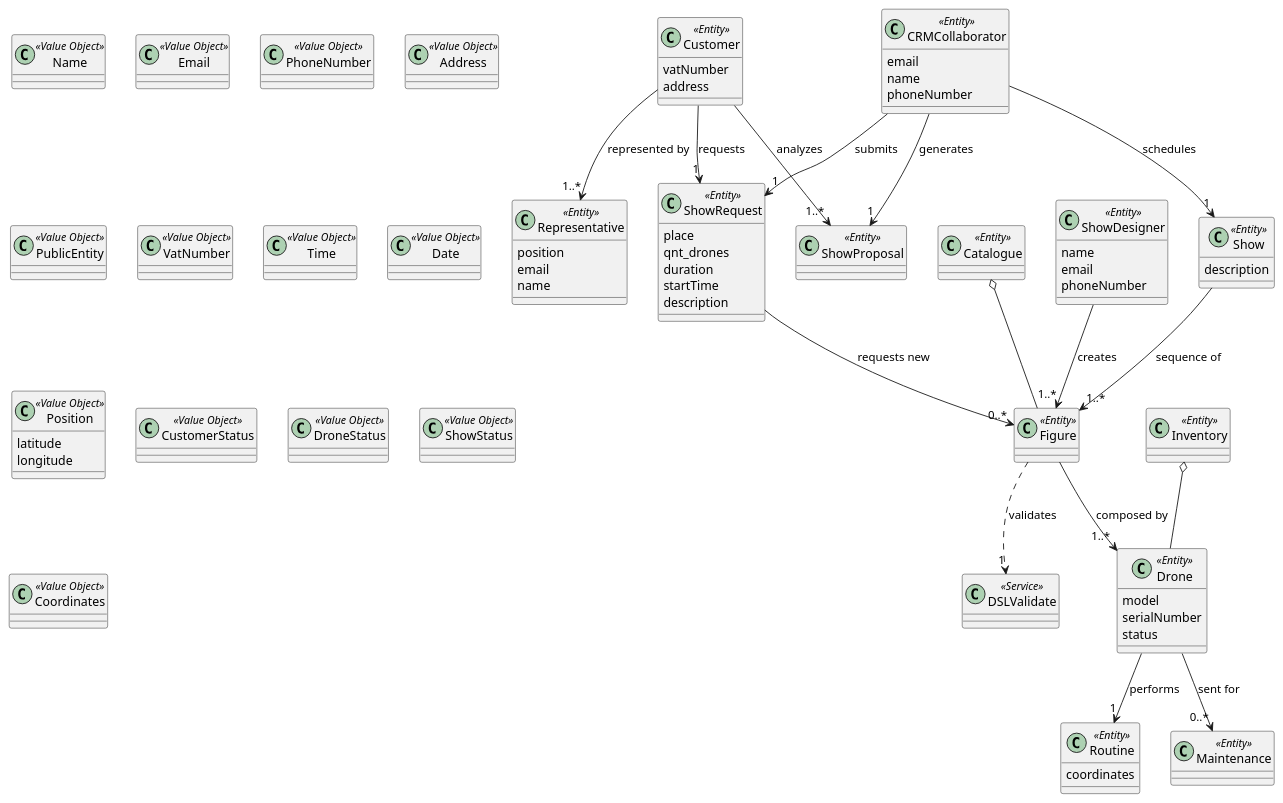
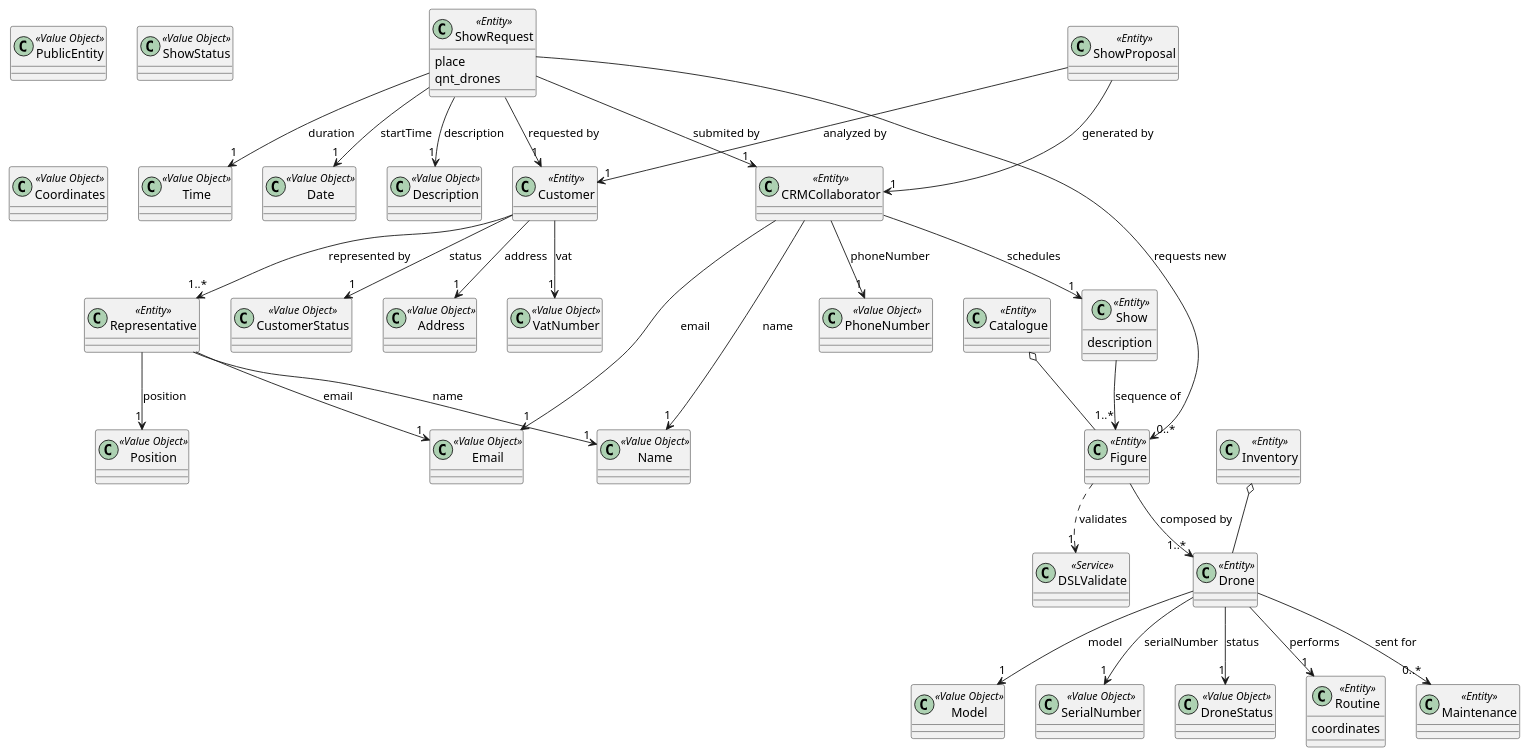
The diagram in docs/global_artifacts/analysis/puml/domain_model.puml (diogoveirospro/sem4pi-2024-2025-sem4pi_2024_2025_g44), drawn with PlantUML before and after one commit.

Commit message:
#6 Added the connections between the entities and the respective value objects

```diff
--- a/docs/global_artifacts/analysis/puml/domain_model.puml
+++ b/docs/global_artifacts/analysis/puml/domain_model.puml
@@ -1,182 +1,185 @@
 @startuml
 
 class Name <<Value Object>>{
 
 }
 
 
 
 class Email <<Value Object>>{
+
+}
+
+class Model <<Value Object>>{
+
+}
+
+class SerialNumber <<Value Object>>{
 
 }
 
 class PhoneNumber <<Value Object>>{
 
 }
 
 class Address <<Value Object>>{
 
 }
 
 class PublicEntity <<Value Object>>{
 
 }
 
 class VatNumber <<Value Object>>{
 
 }
 
 class Time <<Value Object>>{
 
 }
 
 class Date <<Value Object>>{
 
 }
 
 class Position <<Value Object>>{
 
 }
 
+class Description <<Value Object>>{
+
+}
+
 class CustomerStatus <<Value Object>>{
 
 }
 
 class DroneStatus <<Value Object>>{
 
 }
 
 class ShowStatus <<Value Object>>{
 
 }
 
 class Coordinates <<Value Object>>{
 
 }
 
-class Position <<Value Object>>{
-    latitude
-    longitude
-}
+class Customer <<Entity>>{
 
-class Customer <<Entity>>{
-    vatNumber
-    address
 }
 
 class Catalogue <<Entity>>{
 }
 
 class Inventory <<Entity>>{
 }
 
 class Drone <<Entity>>{
-    model
-    serialNumber
-    status
+
 }
 
 class Routine <<Entity>>{
     coordinates
 }
 
 class DSLValidate <<Service>>{
 
 }
 
 class Figure <<Entity>>{
 
 }
 
 class CRMCollaborator <<Entity>>{
-    email
-    name
-    phoneNumber
+
 }
 
-class ShowDesigner <<Entity>>{
-    name
-    email
-    phoneNumber
-}
+class Representative <<Entity>>{
 
-
-
-class Representative <<Entity>>{
-    position
-    email
-    name
 }
 
 class Show <<Entity>>{
     description
 }
 
 class Maintenance <<Entity>>{
 
 }
 
 class ShowRequest <<Entity>>{
     place
     qnt_drones
-    duration
-    startTime
-    description
 }
 
 class ShowProposal <<Entity>>{
 
 }
 
 
 'Customer -> x
-Customer  --> "1" ShowRequest : requests
 Customer  --> "1..*" Representative : represented by
-Customer --> "1..*" ShowProposal : analyzes
+Customer --> "1" VatNumber : vat
+Customer --> "1" Address : address
+Customer --> "1" CustomerStatus : status
 
 'ShowRequest -> x
 ShowRequest --> "0..*" Figure : requests new
-
-
-'ShowDesigner -> x
-ShowDesigner --> "1..*" Figure: creates
+ShowRequest --> "1" Date : startTime
+ShowRequest --> "1" Time : duration
+ShowRequest --> "1" Description : description
+ShowRequest --> "1" CRMCollaborator : submited by
+ShowRequest --> "1" Customer: requested by
 
 
 'CRMCollaborator -> x
-CRMCollaborator  --> "1" ShowProposal: generates
-CRMCollaborator  --> "1" ShowRequest: submits
 CRMCollaborator --> "1" Show : schedules
 
 'Admin -> x
 
 
 
 'Representative -> x
+Representative --> "1" Name : name
+Representative --> "1" Email : email
+Representative --> "1" Position : position
 
 
 'Figure -> x
 Figure --> "1..*" Drone: composed by
 Figure ..> "1" DSLValidate: validates
 
 'Show -> x
 Show --> "1..*" Figure: sequence of
 
 'Drone -> x
 Drone --> "1" Routine: performs
 Drone --> "0..*" Maintenance: sent for
+Drone --> "1" DroneStatus: status
+Drone --> "1" Model: model
+Drone --> "1" SerialNumber: serialNumber
 
 'Catalogue -> x
 Catalogue o-- Figure
 
 'Inventory -> x
 Inventory o-- Drone
 
 'ShowProposal -> x
+ShowProposal --> "1" Customer: analyzed by
+ShowProposal --> "1" CRMCollaborator: generated by
 
 
 'Maintenance -> x
 
 
+'CRM Collaborator -> x
+CRMCollaborator --> "1" Name: name
+CRMCollaborator --> "1" Email: email
+CRMCollaborator --> "1" PhoneNumber: phoneNumber
+
+
 
 
 @enduml
```
